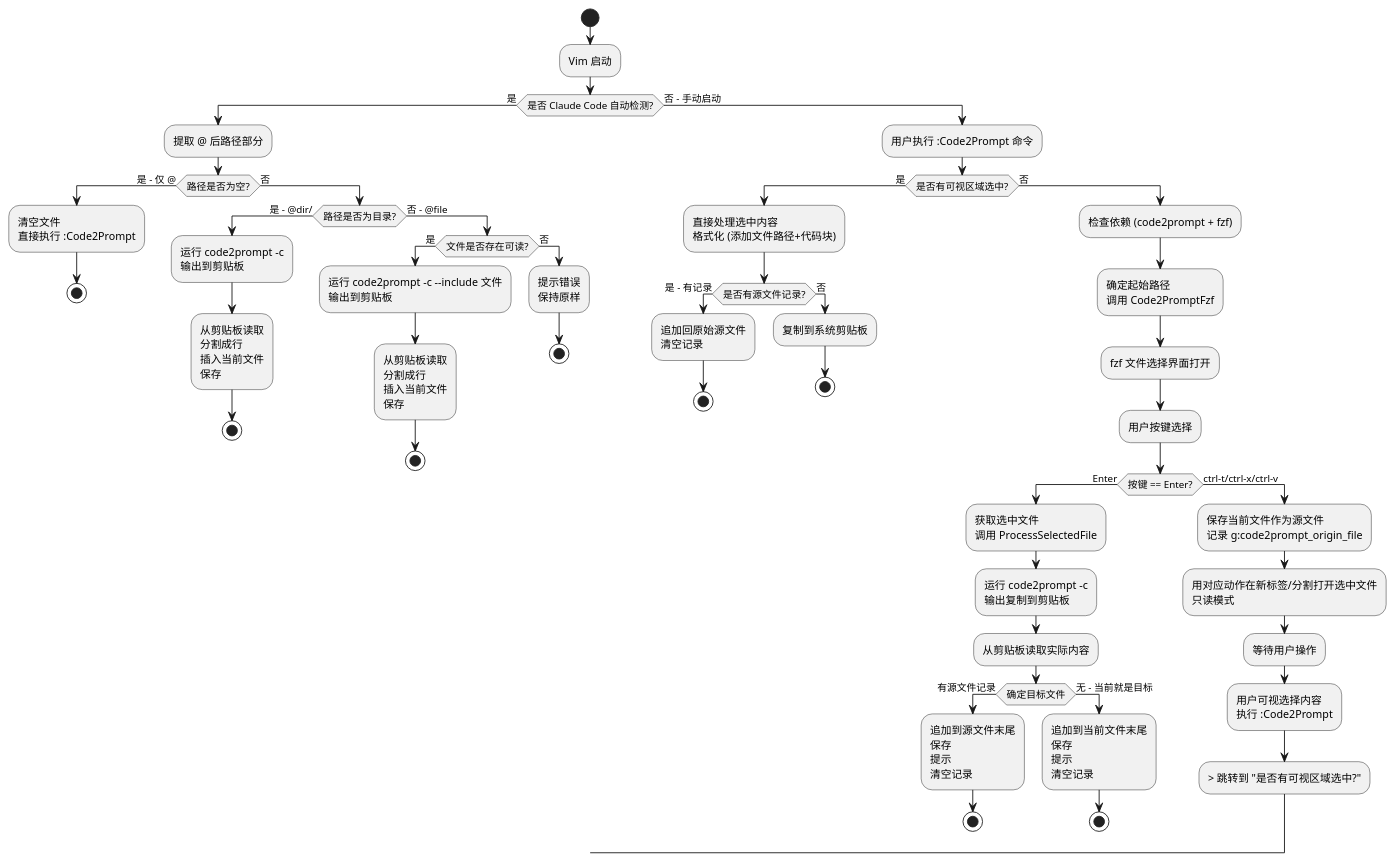
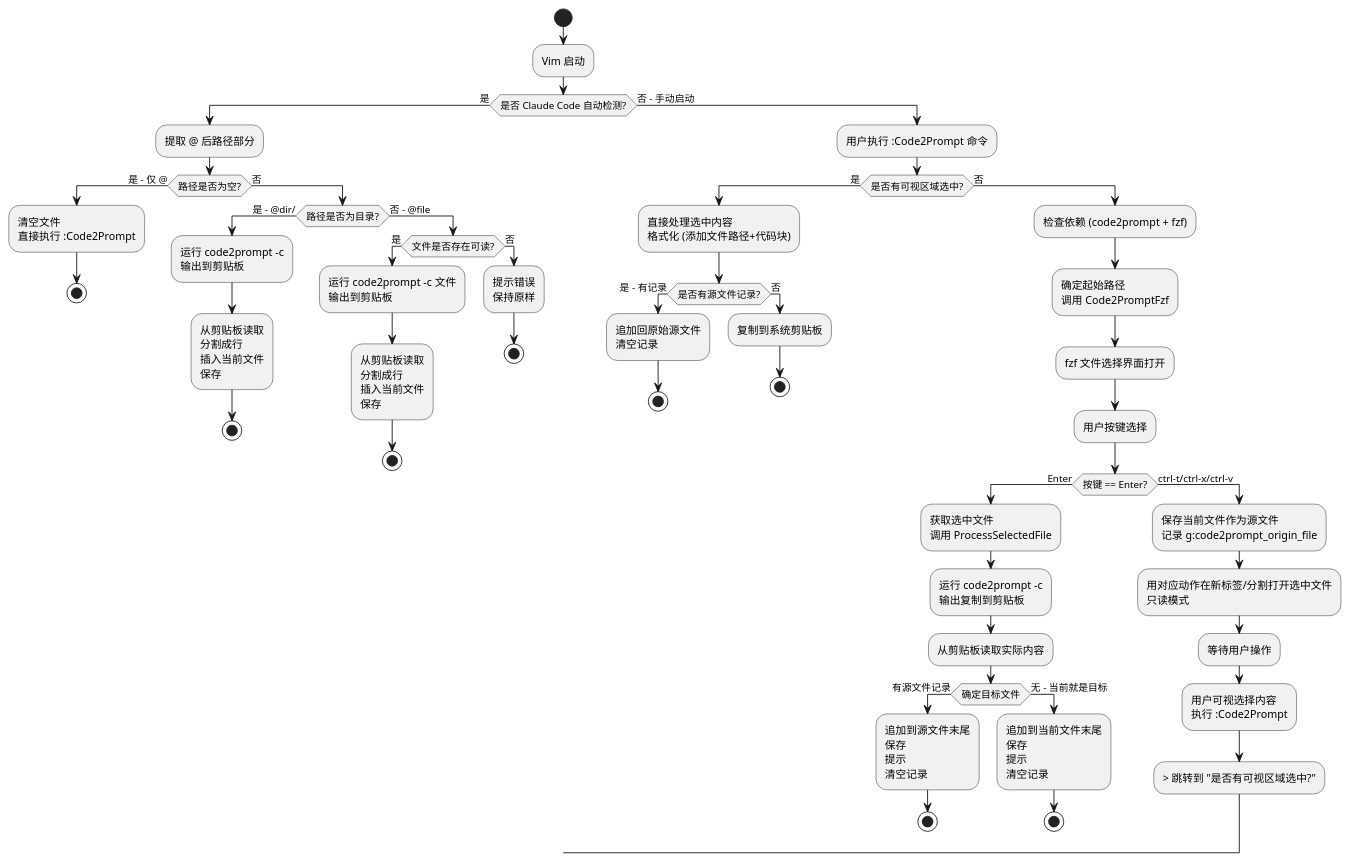
One commit to syllr/ainote changed the first of 5 diagrams in plugin/vimCode2Prompt/docs/workflow.md. Above: the diagram before and after it, drawn with PlantUML. The commit also changed other lines of this file and 1 other file, not shown here.

Commit message:
simplify: Directly run code2prompt on single file instead of --include
Simplify the command for single file processing:
- Instead of: code2prompt dir --include file -l --absolute-paths -c
- Now: code2prompt file -l --absolute-paths -c
- code2prompt accepts direct file path as input, this is cleaner and simpler
- Updated documentation in workflow.md to match

````diff
--- a/plugin/vimCode2Prompt/docs/workflow.md
+++ b/plugin/vimCode2Prompt/docs/workflow.md
@@ -5,66 +5,66 @@
 ```plantuml
 @startuml vimCode2Prompt 整体流程
 start
 
 :Vim 启动;
 
 if (是否 Claude Code 自动检测?) then (是)
   :提取 @ 后路径部分;
   if (路径是否为空?) then (是 - 仅 @)
     :清空文件\n直接执行 :Code2Prompt;
     stop
   else (否)
     if (路径是否为目录?) then (是 - @dir/)
       :运行 code2prompt -c\n输出到剪贴板;
       :从剪贴板读取\n分割成行\n插入当前文件\n保存;
       stop
     else (否 - @file)
       if (文件是否存在可读?) then (是)
-        :运行 code2prompt -c --include 文件\n输出到剪贴板;
+        :运行 code2prompt -c 文件\n输出到剪贴板;
         :从剪贴板读取\n分割成行\n插入当前文件\n保存;
         stop
       else (否)
         :提示错误\n保持原样;
         stop
       endif
     endif
   endif
 else (否 - 手动启动)
   :用户执行 :Code2Prompt 命令;
   if (是否有可视区域选中?) then (是)
     :直接处理选中内容\n格式化 (添加文件路径+代码块);
     if (是否有源文件记录?) then (是 - 有记录)
       :追加回原始源文件\n清空记录;
       stop
     else (否)
       :复制到系统剪贴板;
       stop
     endif
   else (否)
     :检查依赖 (code2prompt + fzf);
     :确定起始路径\n调用 Code2PromptFzf;
     :fzf 文件选择界面打开;
     :用户按键选择;
     if (按键 == Enter?) then (Enter)
       :获取选中文件\n调用 ProcessSelectedFile;
       :运行 code2prompt -c\n输出复制到剪贴板;
       :从剪贴板读取实际内容;
       if (确定目标文件) then (有源文件记录)
         :追加到源文件末尾\n保存\n提示\n清空记录;
         stop
       else (无 - 当前就是目标)
         :追加到当前文件末尾\n保存\n提示\n清空记录;
         stop
       endif
     else (ctrl-t/ctrl-x/ctrl-v)
       :保存当前文件作为源文件\n记录 g:code2prompt_origin_file;
       :用对应动作在新标签/分割打开选中文件\n只读模式;
       :等待用户操作;
       :用户可视选择内容\n执行 :Code2Prompt;
       -> 跳转到 "是否有可视区域选中?"
     endif
   endif
 endif
 
 @enduml
 ```
````
